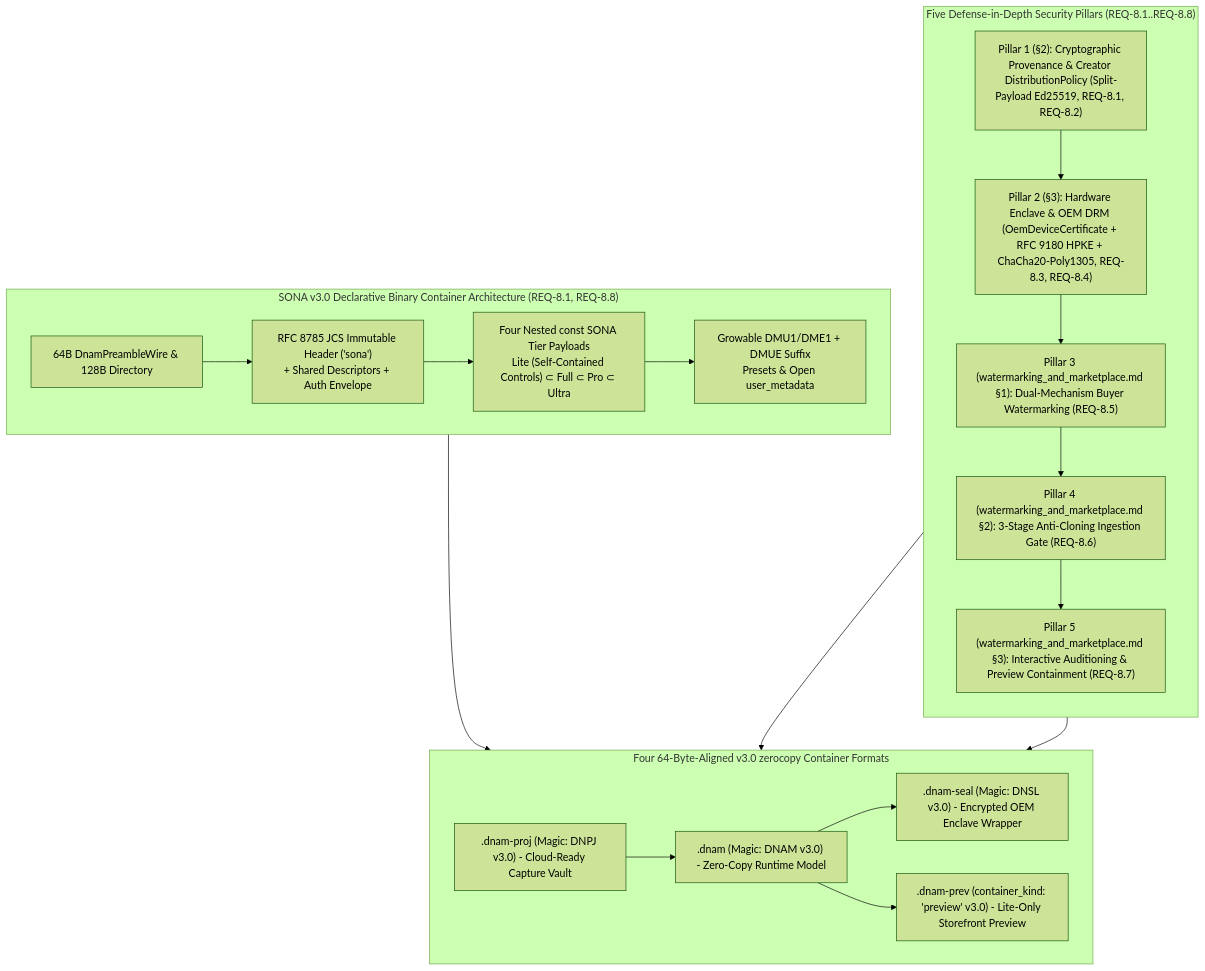
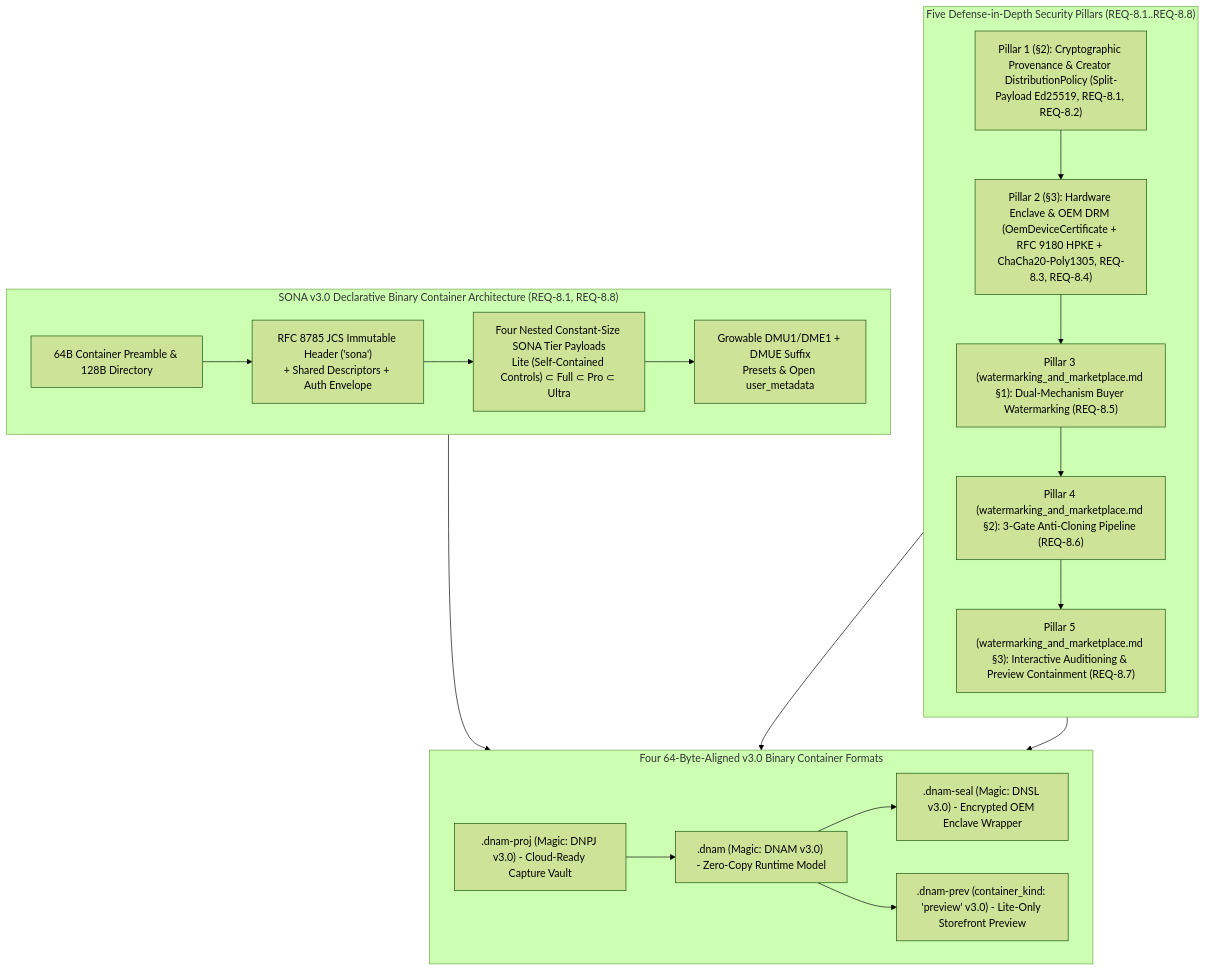
One commit to mokugen/dnam changed the first of 2 diagrams in docs/specs/security/provenance_and_enclave_drm.md. Above: the diagram before and after it, drawn with Mermaid (forest theme). The commit also changed other lines of this file and 198 other files, not shown here.

````diff
--- a/docs/specs/security/provenance_and_enclave_drm.md
+++ b/docs/specs/security/provenance_and_enclave_drm.md
@@ -34,32 +38,32 @@
 ```mermaid
 flowchart TB
     subgraph Container ["SONA v3.0 Declarative Binary Container Architecture (REQ-8.1, REQ-8.8)"]
         direction LR
-        Preamble["64B DnamPreambleWire & 128B Directory"] --> Header["RFC 8785 JCS Immutable Header ('sona')<br/>+ Shared Descriptors + Auth Envelope"]
-        Header --> Arenas["Four Nested const SONA Tier Payloads<br/>Lite (Self-Contained Controls) ⊂ Full ⊂ Pro ⊂ Ultra"]
+        Preamble["64B Container Preamble & 128B Directory"] --> Header["RFC 8785 JCS Immutable Header ('sona')<br/>+ Shared Descriptors + Auth Envelope"]
+        Header --> Arenas["Four Nested Constant-Size SONA Tier Payloads<br/>Lite (Self-Contained Controls) ⊂ Full ⊂ Pro ⊂ Ultra"]
         Arenas --> Mutable["Growable DMU1/DME1 + DMUE Suffix<br/>Presets & Open user_metadata"]
     end
 
-    subgraph Formats ["Four 64-Byte-Aligned v3.0 zerocopy Container Formats"]
+    subgraph Formats ["Four 64-Byte-Aligned v3.0 Binary Container Formats"]
         direction LR
         F_PROJ[".dnam-proj (Magic: DNPJ v3.0) - Cloud-Ready Capture Vault"]
         F_DNAM[".dnam (Magic: DNAM v3.0) - Zero-Copy Runtime Model"]
         F_SEAL[".dnam-seal (Magic: DNSL v3.0) - Encrypted OEM Enclave Wrapper"]
         F_PREV[".dnam-prev (container_kind: 'preview' v3.0) - Lite-Only Storefront Preview"]
         F_PROJ --> F_DNAM --> F_SEAL
         F_DNAM --> F_PREV
     end
 
     subgraph Pillars ["Five Defense-in-Depth Security Pillars (REQ-8.1..REQ-8.8)"]
         direction TB
         P1["Pillar 1 (§2): Cryptographic Provenance & Creator DistributionPolicy (Split-Payload Ed25519, REQ-8.1, REQ-8.2)"]
         P2["Pillar 2 (§3): Hardware Enclave & OEM DRM (OemDeviceCertificate + RFC 9180 HPKE + ChaCha20-Poly1305, REQ-8.3, REQ-8.4)"]
         P3["Pillar 3 (watermarking_and_marketplace.md §1): Dual-Mechanism Buyer Watermarking (REQ-8.5)"]
-        P4["Pillar 4 (watermarking_and_marketplace.md §2): 3-Stage Anti-Cloning Ingestion Gate (REQ-8.6)"]
+        P4["Pillar 4 (watermarking_and_marketplace.md §2): 3-Gate Anti-Cloning Pipeline (REQ-8.6)"]
         P5["Pillar 5 (watermarking_and_marketplace.md §3): Interactive Auditioning & Preview Containment (REQ-8.7)"]
         P1 --> P2 --> P3 --> P4 --> P5
     end
 
     Container --> Formats
     P1 & P2 --> Formats
 ```
````
